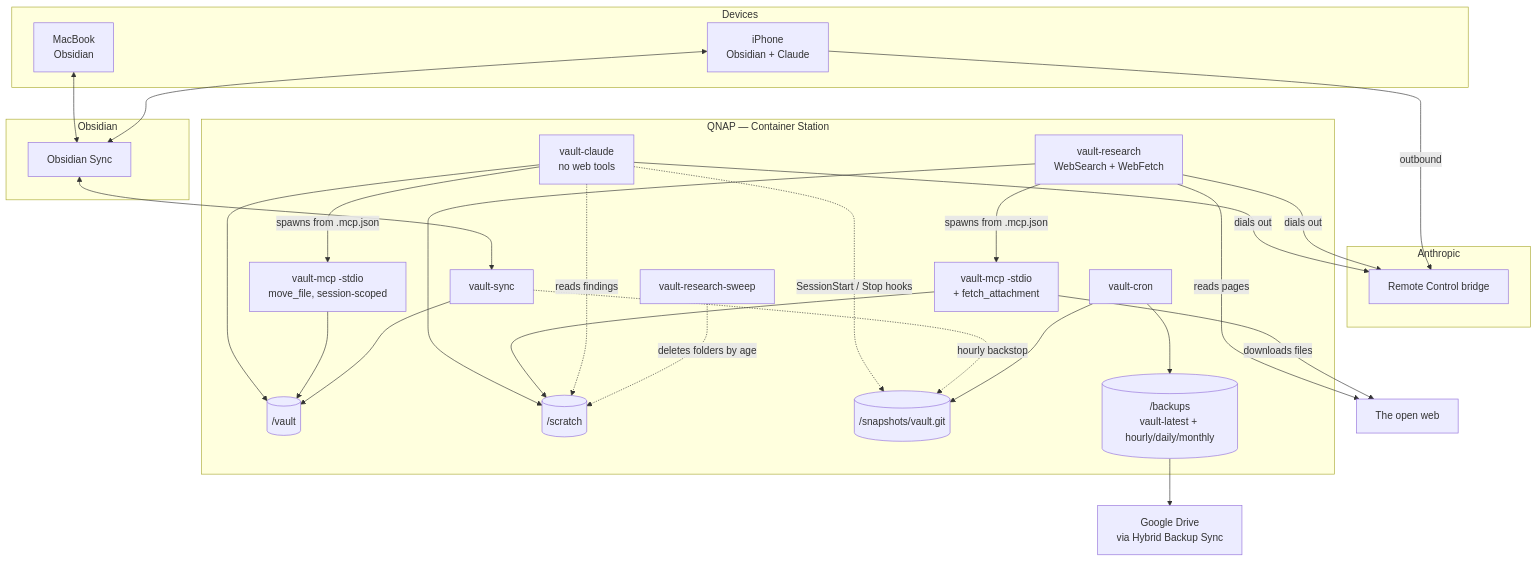
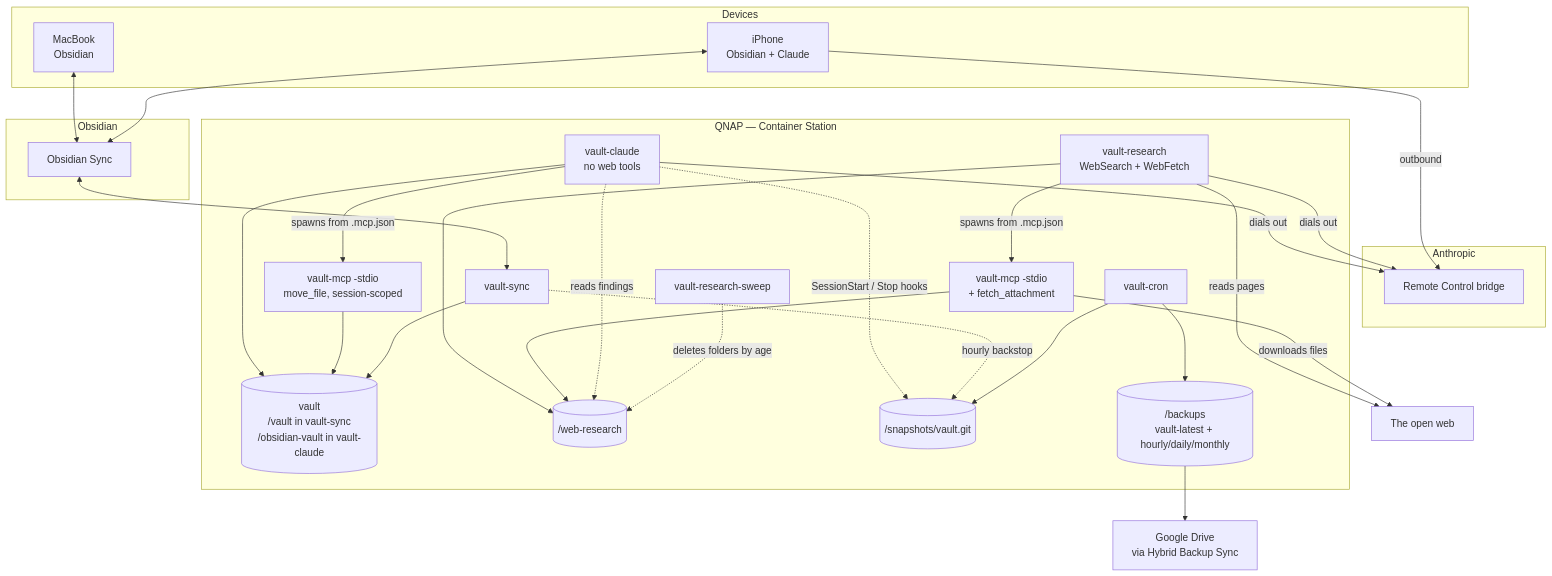
Before and after one commit to ky1ejs/homelab: the first of 4 diagrams in obsidian-vault/ARCHITECTURE.md, drawn with Mermaid. The commit also changed other lines of this file and 16 other files, not shown here.

````diff
--- a/obsidian-vault/ARCHITECTURE.md
+++ b/obsidian-vault/ARCHITECTURE.md
@@ -25,56 +25,56 @@
 ```mermaid
 flowchart TB
     subgraph clients["Devices"]
         mac["MacBook<br/>Obsidian"]
         iphone["iPhone<br/>Obsidian + Claude"]
     end
 
     subgraph anth["Anthropic"]
         bridge["Remote Control bridge"]
     end
 
     subgraph obsc["Obsidian"]
         syncsvc["Obsidian Sync"]
     end
 
     web["The open web"]
 
     subgraph nas["QNAP — Container Station"]
         agent["vault-claude<br/>no web tools"]
         move["vault-mcp -stdio<br/>move_file, session-scoped"]
         research["vault-research<br/>WebSearch + WebFetch"]
         fetch["vault-mcp -stdio<br/>+ fetch_attachment"]
         sweep["vault-research-sweep"]
         sync["vault-sync"]
         cron["vault-cron"]
-        vault[("/vault")]
-        scratch[("/scratch")]
+        vault[("vault<br/>/vault in vault-sync<br/>/obsidian-vault in vault-claude")]
+        scratch[("/web-research")]
         snap[("/snapshots/vault.git")]
         bundles[("/backups<br/>vault-latest + hourly/daily/monthly")]
     end
 
     gdrive["Google Drive<br/>via Hybrid Backup Sync"]
 
     iphone -->|outbound| bridge
     agent -->|dials out| bridge
     research -->|dials out| bridge
     mac <--> syncsvc
     iphone <--> syncsvc
     syncsvc <--> sync
     agent --> vault
     agent -->|spawns from .mcp.json| move
     move --> vault
     research --> scratch
     research -->|spawns from .mcp.json| fetch
     research -->|reads pages| web
     fetch -->|downloads files| web
     fetch --> scratch
     agent -.->|reads findings| scratch
     sweep -.->|deletes folders by age| scratch
     sync --> vault
     agent -.->|SessionStart / Stop hooks| snap
     sync -.->|hourly backstop| snap
     cron --> snap
     cron --> bundles
     bundles --> gdrive
 ```
````
